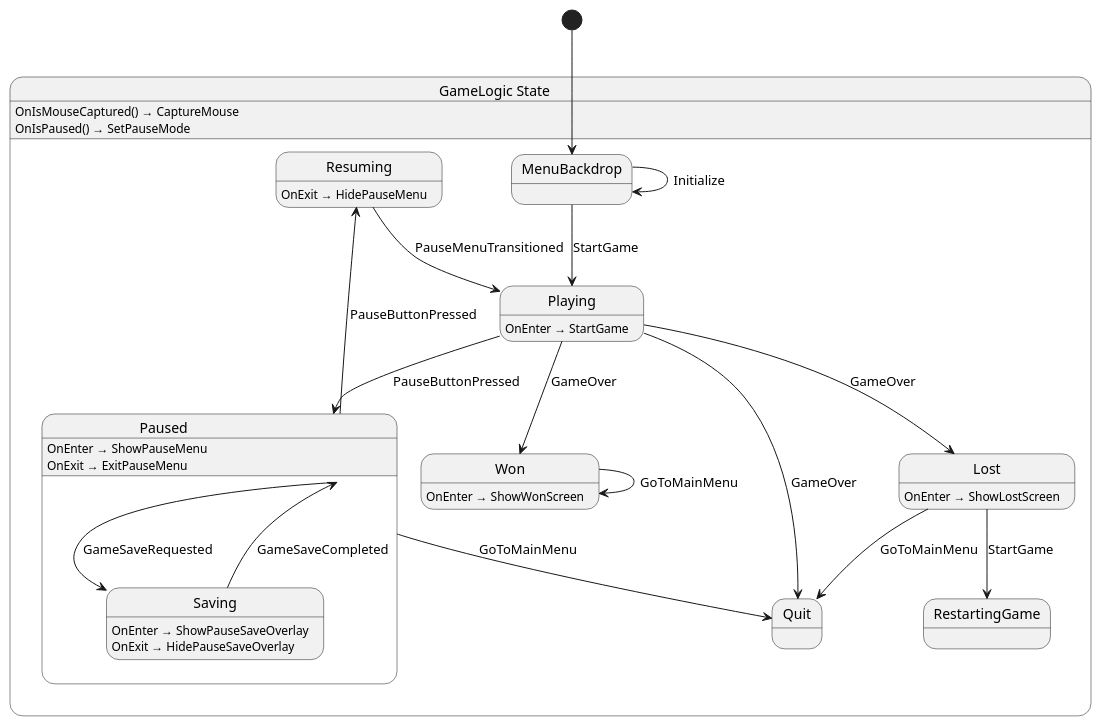
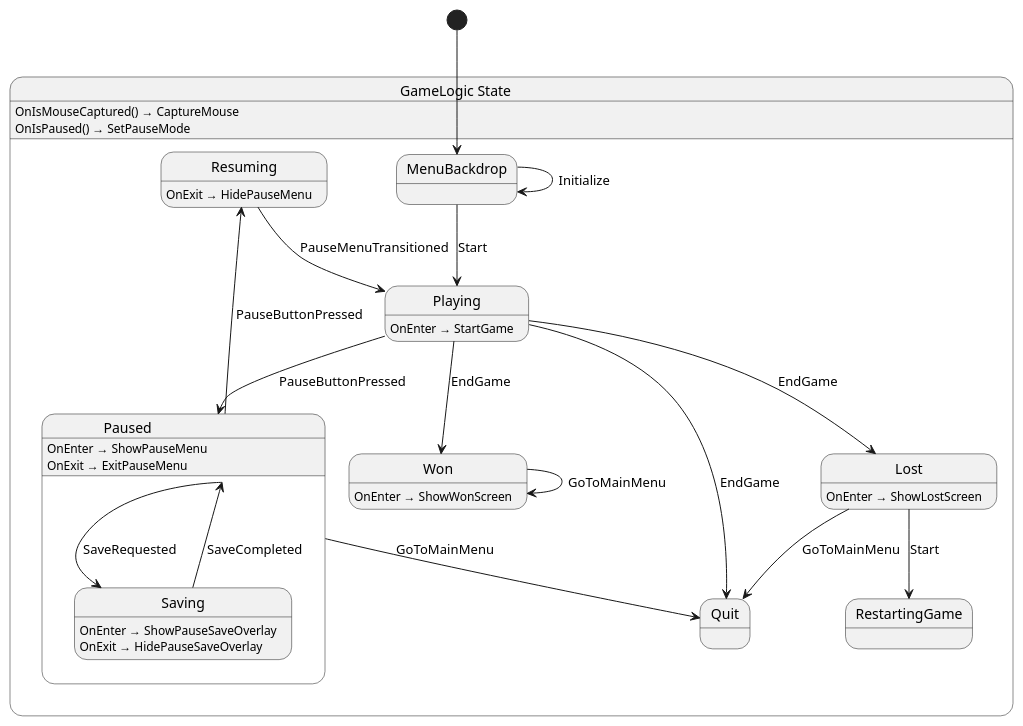
One commit to chickensoft-games/GameDemo changed the diagram in src/game/state/GameLogic.g.puml. Above: the diagram before and after it, drawn with PlantUML. The commit also changed 16 other files, not shown here.

Commit message:
test: test game logic states

```diff
--- a/src/game/state/GameLogic.g.puml
+++ b/src/game/state/GameLogic.g.puml
@@ -1,46 +1,46 @@
 @startuml GameLogic
 state "GameLogic State" as GameDemo_GameLogic_State {
   state "Lost" as GameDemo_GameLogic_State_Lost {
     GameDemo_GameLogic_State_Lost : OnEnter → ShowLostScreen
   }
   state "MenuBackdrop" as GameDemo_GameLogic_State_MenuBackdrop
   state "Paused" as GameDemo_GameLogic_State_Paused {
     state "Saving" as GameDemo_GameLogic_State_Saving {
       GameDemo_GameLogic_State_Saving : OnEnter → ShowPauseSaveOverlay
       GameDemo_GameLogic_State_Saving : OnExit → HidePauseSaveOverlay
     }
     GameDemo_GameLogic_State_Paused : OnEnter → ShowPauseMenu
     GameDemo_GameLogic_State_Paused : OnExit → ExitPauseMenu
   }
   state "Playing" as GameDemo_GameLogic_State_Playing {
     GameDemo_GameLogic_State_Playing : OnEnter → StartGame
   }
   state "Quit" as GameDemo_GameLogic_State_Quit
   state "RestartingGame" as GameDemo_GameLogic_State_RestartingGame
   state "Resuming" as GameDemo_GameLogic_State_Resuming {
     GameDemo_GameLogic_State_Resuming : OnExit → HidePauseMenu
   }
   state "Won" as GameDemo_GameLogic_State_Won {
     GameDemo_GameLogic_State_Won : OnEnter → ShowWonScreen
   }
   GameDemo_GameLogic_State : OnIsMouseCaptured() → CaptureMouse
   GameDemo_GameLogic_State : OnIsPaused() → SetPauseMode
 }
 
 GameDemo_GameLogic_State_Lost --> GameDemo_GameLogic_State_Quit : GoToMainMenu
-GameDemo_GameLogic_State_Lost --> GameDemo_GameLogic_State_RestartingGame : StartGame
+GameDemo_GameLogic_State_Lost --> GameDemo_GameLogic_State_RestartingGame : Start
 GameDemo_GameLogic_State_MenuBackdrop --> GameDemo_GameLogic_State_MenuBackdrop : Initialize
-GameDemo_GameLogic_State_MenuBackdrop --> GameDemo_GameLogic_State_Playing : StartGame
+GameDemo_GameLogic_State_MenuBackdrop --> GameDemo_GameLogic_State_Playing : Start
 GameDemo_GameLogic_State_Paused --> GameDemo_GameLogic_State_Quit : GoToMainMenu
 GameDemo_GameLogic_State_Paused --> GameDemo_GameLogic_State_Resuming : PauseButtonPressed
-GameDemo_GameLogic_State_Paused --> GameDemo_GameLogic_State_Saving : GameSaveRequested
-GameDemo_GameLogic_State_Playing --> GameDemo_GameLogic_State_Lost : GameOver
+GameDemo_GameLogic_State_Paused --> GameDemo_GameLogic_State_Saving : SaveRequested
+GameDemo_GameLogic_State_Playing --> GameDemo_GameLogic_State_Lost : EndGame
 GameDemo_GameLogic_State_Playing --> GameDemo_GameLogic_State_Paused : PauseButtonPressed
-GameDemo_GameLogic_State_Playing --> GameDemo_GameLogic_State_Quit : GameOver
-GameDemo_GameLogic_State_Playing --> GameDemo_GameLogic_State_Won : GameOver
+GameDemo_GameLogic_State_Playing --> GameDemo_GameLogic_State_Quit : EndGame
+GameDemo_GameLogic_State_Playing --> GameDemo_GameLogic_State_Won : EndGame
 GameDemo_GameLogic_State_Resuming --> GameDemo_GameLogic_State_Playing : PauseMenuTransitioned
-GameDemo_GameLogic_State_Saving --> GameDemo_GameLogic_State_Paused : GameSaveCompleted
+GameDemo_GameLogic_State_Saving --> GameDemo_GameLogic_State_Paused : SaveCompleted
 GameDemo_GameLogic_State_Won --> GameDemo_GameLogic_State_Won : GoToMainMenu
 
 [*] --> GameDemo_GameLogic_State_MenuBackdrop
 @enduml
```
